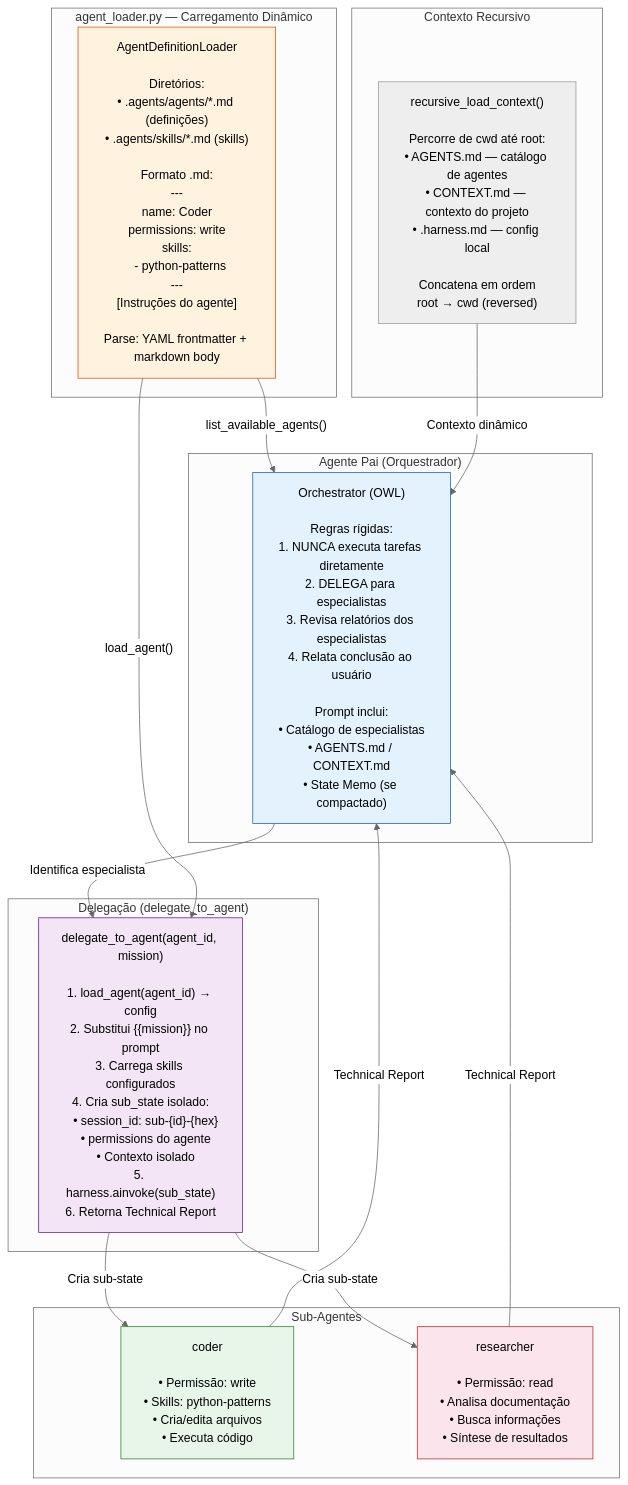
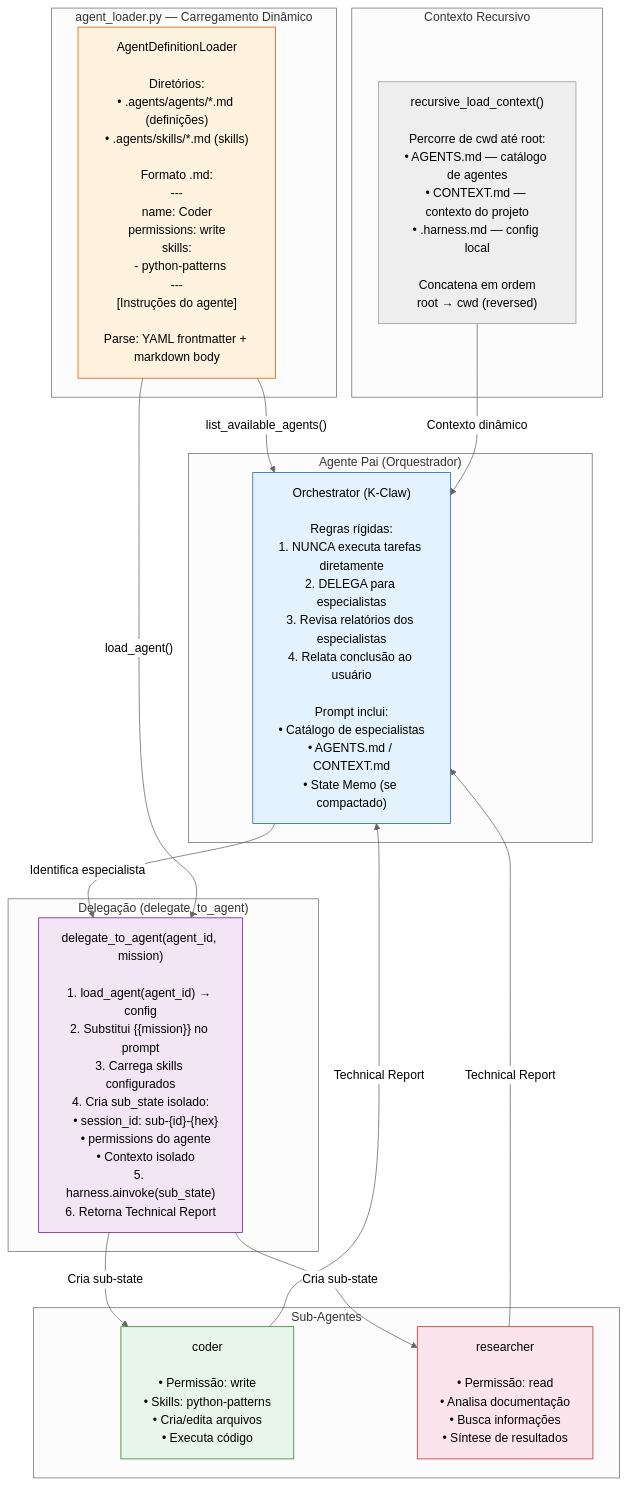
Before and after one commit to KlebersonCollab/k-claw: the fifth of 7 diagrams in ARCH.md, drawn with Mermaid (neutral theme). The commit also changed 3 other files, not shown here.

Commit message:
refactor: rename agents to K-Claw and increase model retry attempts to five

````diff
--- a/ARCH.md
+++ b/ARCH.md
@@ -248,38 +248,38 @@
 ```mermaid
 flowchart TB
     subgraph "Agente Pai (Orquestrador)"
-        ORCH["Orchestrator (OWL)<br/><br/>Regras rígidas:<br/>1. NUNCA executa tarefas diretamente<br/>2. DELEGA para especialistas<br/>3. Revisa relatórios dos especialistas<br/>4. Relata conclusão ao usuário<br/><br/>Prompt inclui:<br/>• Catálogo de especialistas<br/>• AGENTS.md / CONTEXT.md<br/>• State Memo (se compactado)"]
+        ORCH["Orchestrator (K-Claw)<br/><br/>Regras rígidas:<br/>1. NUNCA executa tarefas diretamente<br/>2. DELEGA para especialistas<br/>3. Revisa relatórios dos especialistas<br/>4. Relata conclusão ao usuário<br/><br/>Prompt inclui:<br/>• Catálogo de especialistas<br/>• AGENTS.md / CONTEXT.md<br/>• State Memo (se compactado)"]
     end
 
     subgraph "agent_loader.py — Carregamento Dinâmico"
         AL["AgentDefinitionLoader<br/><br/>Diretórios:<br/>• .agents/agents/*.md (definições)<br/>• .agents/skills/*.md (skills)<br/><br/>Formato .md:<br/>---<br/>name: Coder<br/>permissions: write<br/>skills:<br/>  - python-patterns<br/>---<br/>[Instruções do agente]<br/><br/>Parse: YAML frontmatter + markdown body"]
     end
 
     subgraph "Delegação (delegate_to_agent)"
         DELEG["delegate_to_agent(agent_id, mission)<br/><br/>1. load_agent(agent_id) → config<br/>2. Substitui {{mission}} no prompt<br/>3. Carrega skills configurados<br/>4. Cria sub_state isolado:<br/>   • session_id: sub-{id}-{hex}<br/>   • permissions do agente<br/>   • Contexto isolado<br/>5. harness.ainvoke(sub_state)<br/>6. Retorna Technical Report"]
     end
 
     subgraph "Sub-Agentes"
         CODER["coder<br/><br/>• Permissão: write<br/>• Skills: python-patterns<br/>• Cria/edita arquivos<br/>• Executa código"]
         RESEARCHER["researcher<br/><br/>• Permissão: read<br/>• Analisa documentação<br/>• Busca informações<br/>• Síntese de resultados"]
     end
 
     subgraph "Contexto Recursivo"
         CTX["recursive_load_context()<br/><br/>Percorre de cwd até root:<br/>• AGENTS.md — catálogo de agentes<br/>• CONTEXT.md — contexto do projeto<br/>• .harness.md — config local<br/><br/>Concatena em ordem<br/>root → cwd (reversed)"]
     end
 
     ORCH -->|"Identifica especialista"| DELEG
     AL -->|"list_available_agents()"| ORCH
     AL -->|"load_agent()"| DELEG
     DELEG -->|"Cria sub-state"| CODER
     DELEG -->|"Cria sub-state"| RESEARCHER
     CODER -->|"Technical Report"| ORCH
     RESEARCHER -->|"Technical Report"| ORCH
     CTX -->|"Contexto dinâmico"| ORCH
 
     style ORCH fill:#e3f2fd,stroke:#1565c0
     style CODER fill:#e8f5e9,stroke:#2e7d32
     style RESEARCHER fill:#fce4ec,stroke:#c62828
     style AL fill:#fff3e0,stroke:#e65100
     style DELEG fill:#f3e5f5,stroke:#6a1b9a
 ```
````
